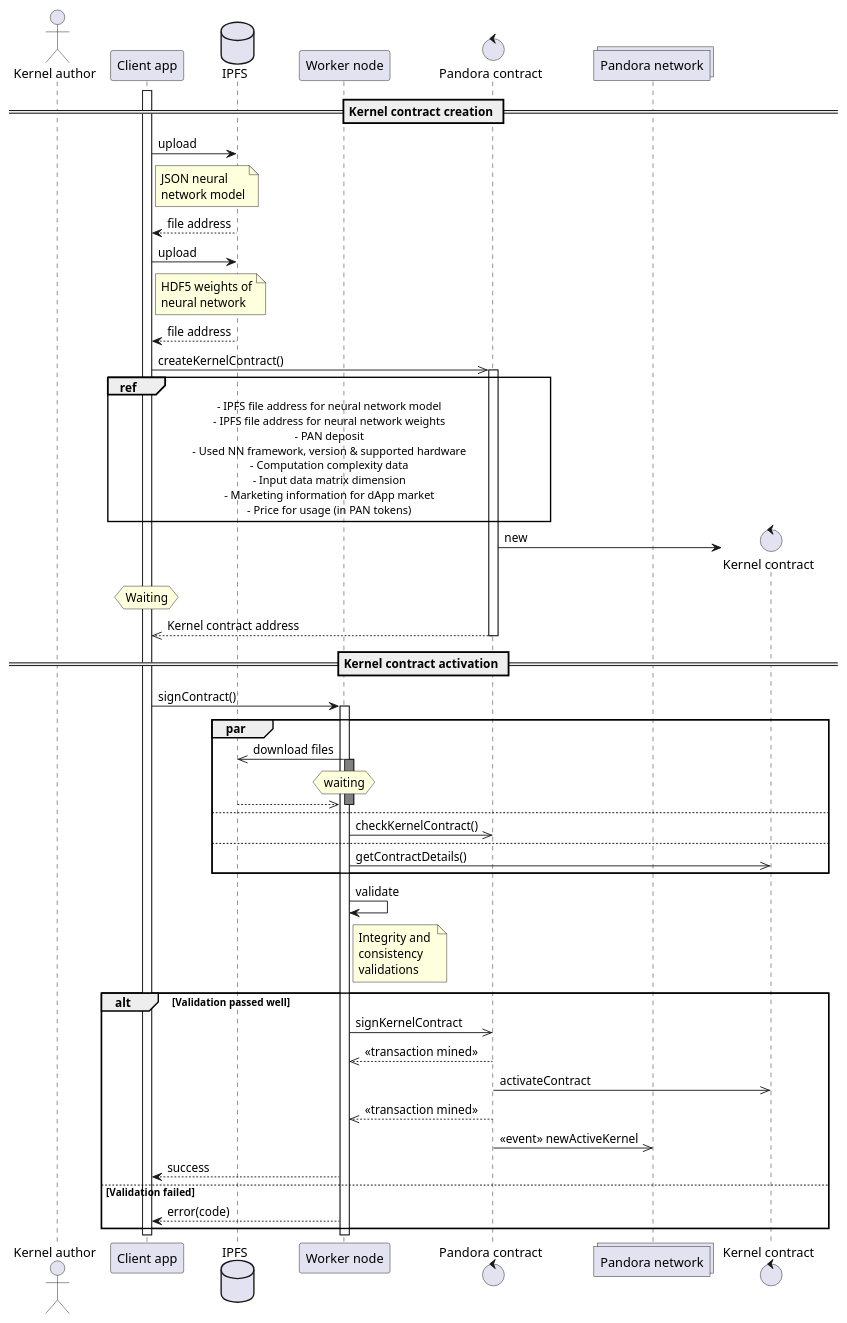
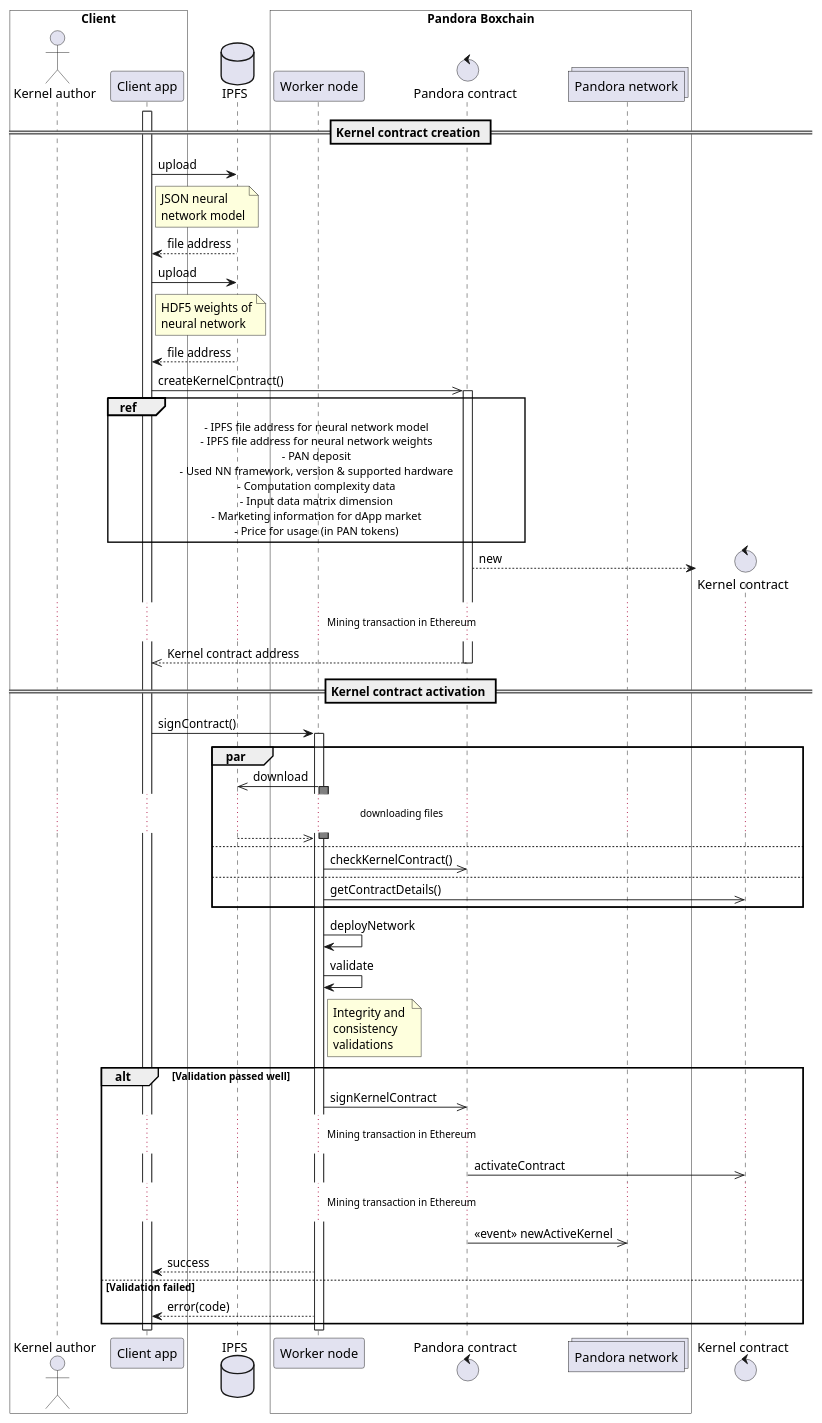
Before and after one commit to pandoraboxchain/pocw-techspecs: the diagram in kernel_creation_sequence.plantuml, drawn with PlantUML.

```diff
--- a/kernel_creation_sequence.plantuml
+++ b/kernel_creation_sequence.plantuml
@@ -1,82 +1,92 @@
 @startuml
-actor "Kernel author" as author
-participant "Client app" as app
+box "Client" #white
+  actor "Kernel author" as author
+  participant "Client app" as app
+end box
+
 database IPFS as ipfs
-participant "Worker node" as worker
-control "Pandora contract" as contract
-collections "Pandora network" as network
+
+box "Pandora Boxchain" #white
+  participant "Worker node" as worker
+  control "Pandora contract" as contract
+  collections "Pandora network" as network
+end box
 
 == Kernel contract creation ==
 
 activate app
 app->ipfs: upload
 note right of app
   JSON neural 
   network model
 end note
 ipfs-->app: file address
 
 app->ipfs: upload
 note right of app
   HDF5 weights of
   neural network
 end note
 ipfs-->app: file address
 
 app->>contract: createKernelContract()
 
 ref over app, contract
   - IPFS file address for neural network model
   - IPFS file address for neural network weights
   - PAN deposit
   - Used NN framework, version & supported hardware
   - Computation complexity data
   - Input data matrix dimension
   - Marketing information for dApp market
   - Price for usage (in PAN tokens)
 end ref
 
 activate contract
 create control "Kernel contract" as kernel
-contract->kernel: new
-hnote over app: Waiting
+contract-->kernel: new
+... Mining transaction in Ethereum ...
 contract-->>app: Kernel contract address
 deactivate contract
 
 == Kernel contract activation ==
 
 app->worker: signContract()
 activate worker
 par
-  worker->>ipfs: download files
+  worker->>ipfs: download
   activate worker #gray
-  hnote over worker: waiting
+... downloading files ...
   ipfs-->>worker
   deactivate worker
 else
   worker->>contract: checkKernelContract()
 else
   worker->>kernel: getContractDetails()
 end
+
+'activate worker #grey
+worker->worker: deployNetwork
 worker->worker: validate
 note right of worker
   Integrity and 
   consistency 
   validations
 end note
+'deactivate worker
 
 alt Validation passed well
   worker->>contract: signKernelContract
-  contract-->>worker: <<transaction mined>>
+... Mining transaction in Ethereum ...
   contract->>kernel: activateContract
-  contract-->>worker: <<transaction mined>>
+... Mining transaction in Ethereum ...
   contract->>network: <<event>> newActiveKernel
   deactivate contract
   worker-->app: success
 else Validation failed
   worker-->app: error(code)
 end
 
 deactivate worker
 deactivate app
 @enduml
```
